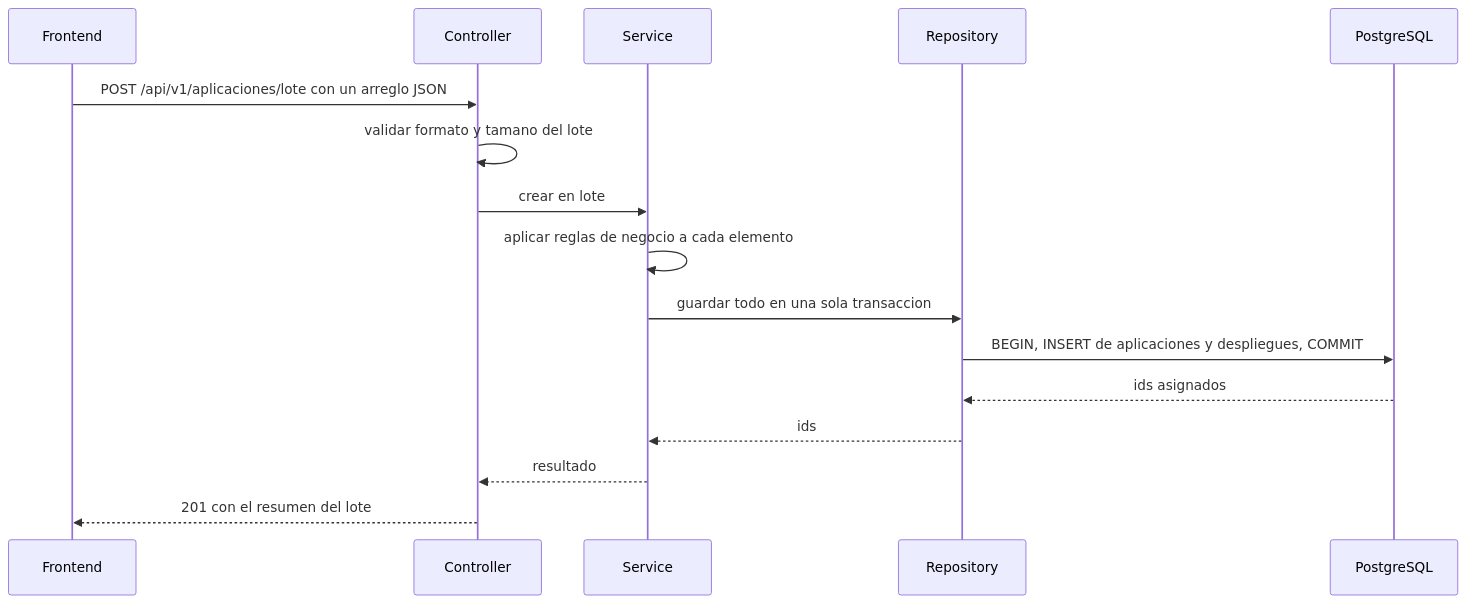
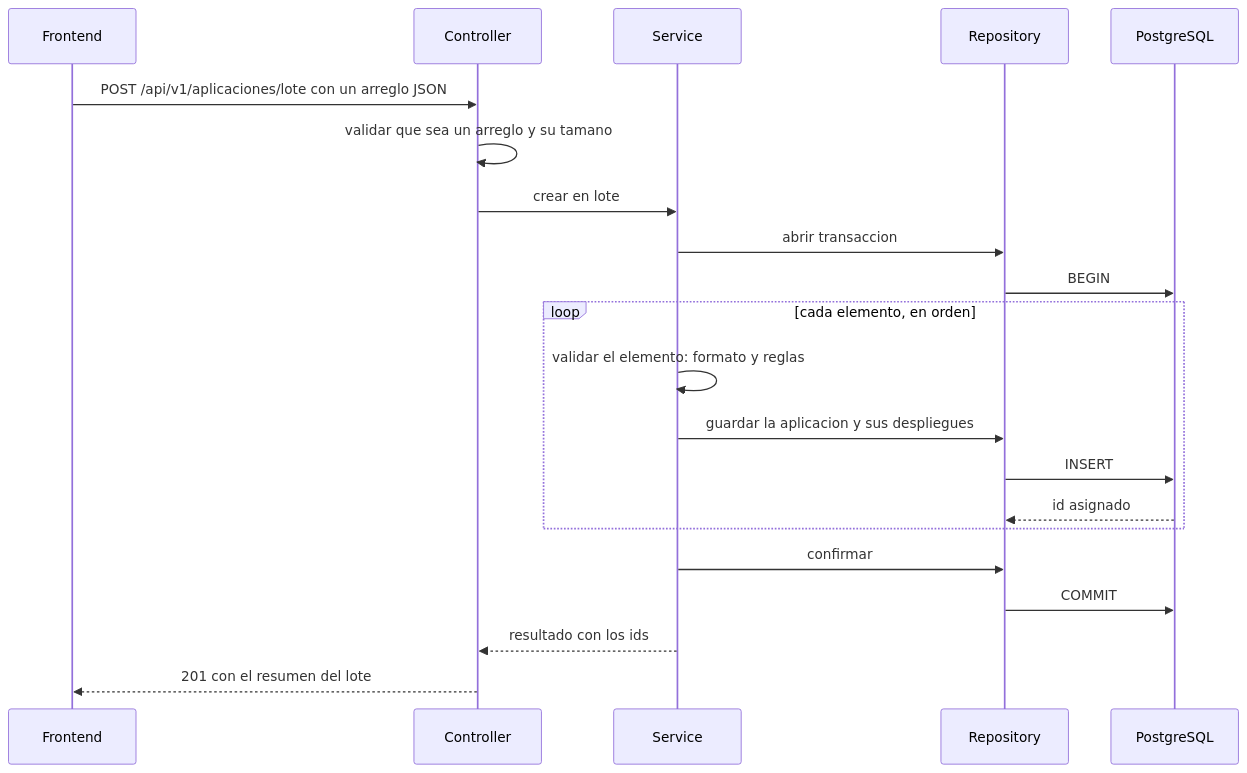
The third of 3 diagrams in docs/arquitectura.md (andresgomezgarcia01/cont-app-soft-u2), drawn with Mermaid before and after one commit. The commit also changed other lines of this file and 20 other files, not shown here.

````diff
--- a/docs/arquitectura.md
+++ b/docs/arquitectura.md
@@ -104,19 +110,24 @@
 ```mermaid
 sequenceDiagram
     participant F as Frontend
     participant C as Controller
     participant S as Service
     participant R as Repository
     participant D as PostgreSQL
 
     F->>C: POST /api/v1/aplicaciones/lote con un arreglo JSON
-    C->>C: validar formato y tamano del lote
+    C->>C: validar que sea un arreglo y su tamano
     C->>S: crear en lote
-    S->>S: aplicar reglas de negocio a cada elemento
-    S->>R: guardar todo en una sola transaccion
-    R->>D: BEGIN, INSERT de aplicaciones y despliegues, COMMIT
-    D-->>R: ids asignados
-    R-->>S: ids
-    S-->>C: resultado
+    S->>R: abrir transaccion
+    R->>D: BEGIN
+    loop cada elemento, en orden
+        S->>S: validar el elemento: formato y reglas
+        S->>R: guardar la aplicacion y sus despliegues
+        R->>D: INSERT
+        D-->>R: id asignado
+    end
+    S->>R: confirmar
+    R->>D: COMMIT
+    S-->>C: resultado con los ids
     C-->>F: 201 con el resumen del lote
 ```
````
